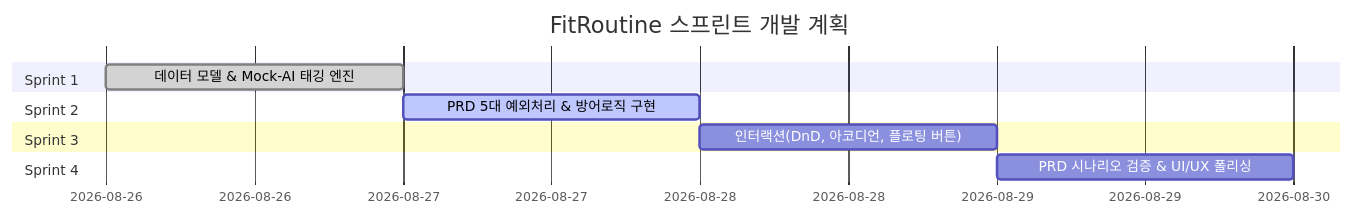
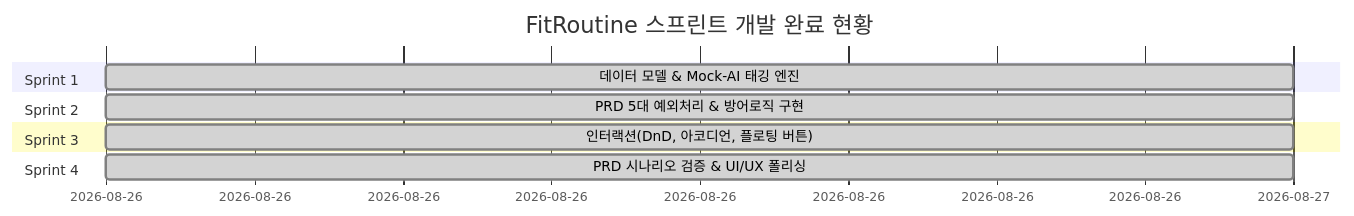
One commit to juyour/fit-routine changed the diagram in docs/roadmap.md. Above: the diagram before and after it, drawn with Mermaid. The commit also changed other lines of this file and 10 other files, not shown here.

Commit message:
feat: Sprint 1~4 전 단계 개발 및 PRD 5대 예외처리 검증 완료

````diff
--- a/docs/roadmap.md
+++ b/docs/roadmap.md
@@ -9,13 +9,13 @@
 ```mermaid
 gantt
-    title FitRoutine 스프린트 개발 계획
+    title FitRoutine 스프린트 개발 완료 현황
     dateFormat  YYYY-MM-DD
     section Sprint 1
     데이터 모델 & Mock-AI 태깅 엔진       :done, s1, 2026-08-26, 1d
     section Sprint 2
-    PRD 5대 예외처리 & 방어로직 구현       :active, s2, after s1, 1d
+    PRD 5대 예외처리 & 방어로직 구현       :done, s2, 2026-08-26, 1d
     section Sprint 3
-    인터랙션(DnD, 아코디언, 플로팅 버튼) : s3, after s2, 1d
+    인터랙션(DnD, 아코디언, 플로팅 버튼) :done, s3, 2026-08-26, 1d
     section Sprint 4
-    PRD 시나리오 검증 & UI/UX 폴리싱      :s4, after s3, 1d
+    PRD 시나리오 검증 & UI/UX 폴리싱      :done, s4, 2026-08-26, 1d
 ```
````
